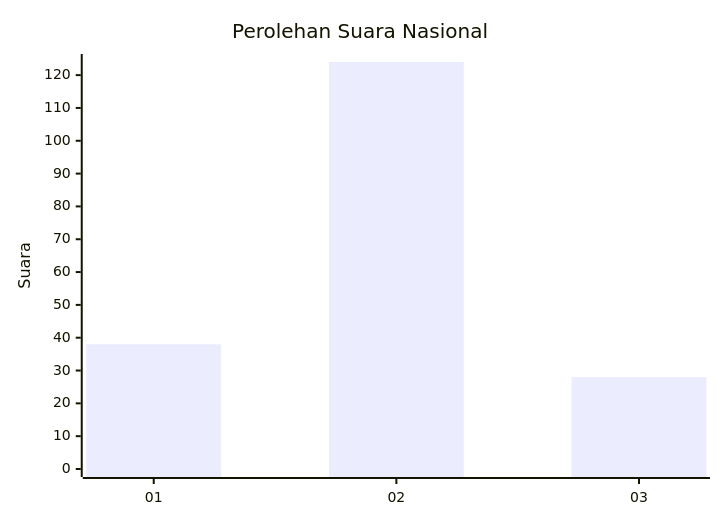
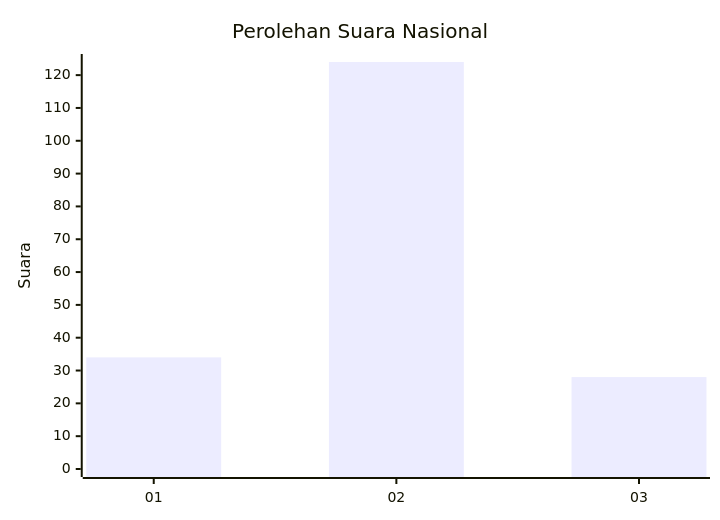
The first of 2 diagrams in pilpres/hitung-suara/sub/52-nusa-tenggara-barat/sub/01-lombok-barat/sub/03-narmada/sub/2009-selat/sub/015-tps/README.md (gigit-pemilu/pemilu-2024-52-nusa-tenggara-barat), drawn with Mermaid before and after one commit. The commit also changed other lines of this file and 721 other files, not shown here.

````diff
--- a/pilpres/hitung-suara/sub/52-nusa-tenggara-barat/sub/01-lombok-barat/sub/03-narmada/sub/2009-selat/sub/015-tps/README.md
+++ b/pilpres/hitung-suara/sub/52-nusa-tenggara-barat/sub/01-lombok-barat/sub/03-narmada/sub/2009-selat/sub/015-tps/README.md
@@ -5,7 +5,7 @@
 ```mermaid
 xychart-beta
     title "Perolehan Suara Nasional"
     x-axis [01, 02, 03]
     y-axis "Suara" 0 --> 124
-    bar [38, 124, 28]
+    bar [34, 124, 28]
 ```
````
